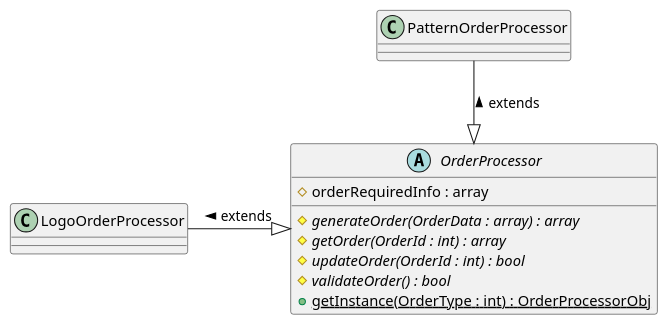
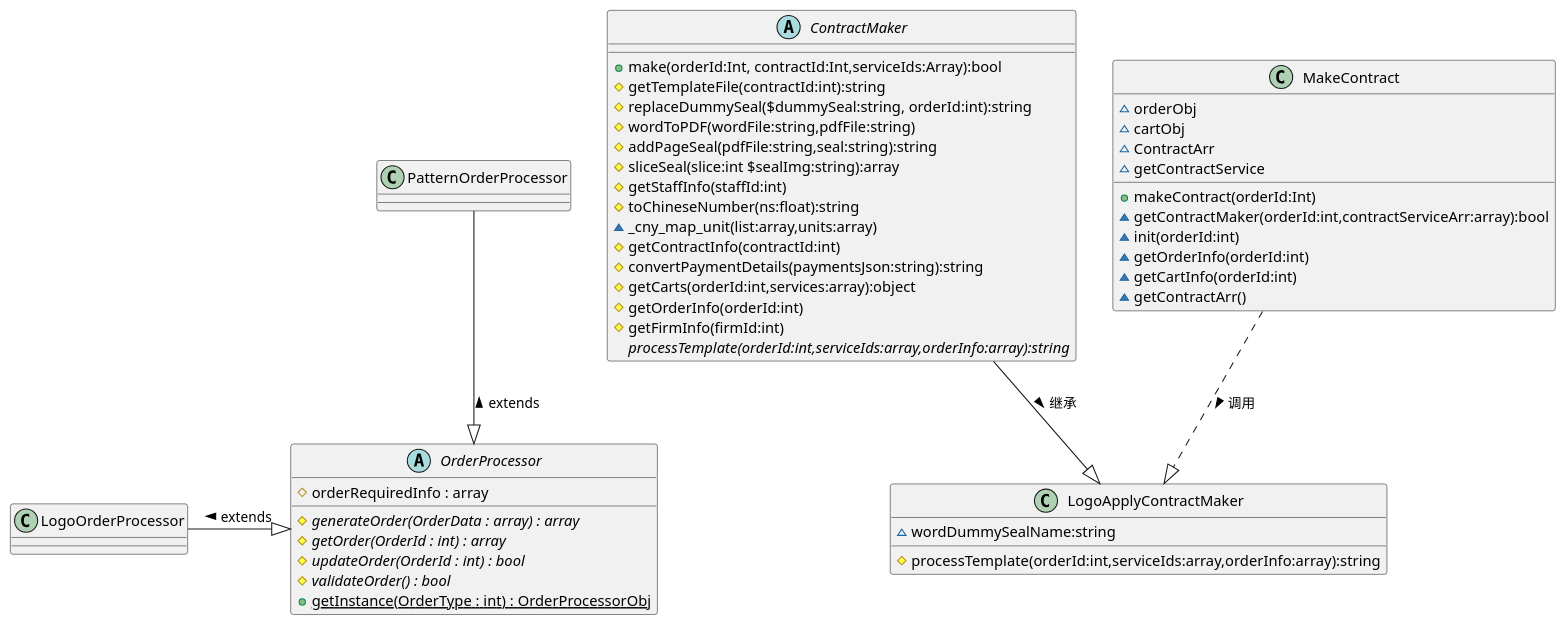
Before and after one commit to bruce1237/OA: the first of 2 diagrams in design/order/orderProcess.puml, drawn with PlantUML. The commit also changed 6 other files, not shown here.

Commit message:
finished developing, next to do contract cart processing for each contract

```diff
--- a/design/order/orderProcess.puml
+++ b/design/order/orderProcess.puml
@@ -1,19 +1,55 @@
 @startuml
 abstract class OrderProcessor{
     # orderRequiredInfo : array
    {abstract} # generateOrder(OrderData : array) : array
    {abstract} # getOrder(OrderId : int) : array
    {abstract} # updateOrder(OrderId : int) : bool
    {abstract} # validateOrder() : bool
    + {static} getInstance(OrderType : int) : OrderProcessorObj
 }
 
 LogoOrderProcessor -^ OrderProcessor : < extends
 class LogoOrderProcessor{
 }
 PatternOrderProcessor --^ OrderProcessor : < extends
 class PatternOrderProcessor{
+}
 
+abstract Class ContractMaker{
+  + make(orderId:Int, contractId:Int,serviceIds:Array):bool
+  # getTemplateFile(contractId:int):string
+  # replaceDummySeal($dummySeal:string, orderId:int):string
+  # wordToPDF(wordFile:string,pdfFile:string)
+  # addPageSeal(pdfFile:string,seal:string):string
+  # sliceSeal(slice:int $sealImg:string):array
+  # getStaffInfo(staffId:int)
+  # toChineseNumber(ns:float):string
+  ~ _cny_map_unit(list:array,units:array)
+  # getContractInfo(contractId:int)
+  # convertPaymentDetails(paymentsJson:string):string
+  # getCarts(orderId:int,services:array):object
+  # getOrderInfo(orderId:int)
+  # getFirmInfo(firmId:int)
+  {abstract} processTemplate(orderId:int,serviceIds:array,orderInfo:array):string
+}
+
+ContractMaker --^ LogoApplyContractMaker : > 继承
+class LogoApplyContractMaker{
+    ~ wordDummySealName:string
+    # processTemplate(orderId:int,serviceIds:array,orderInfo:array):string
+}
+MakeContract ..^ LogoApplyContractMaker : > 调用
+class MakeContract{
+    ~ orderObj
+    ~ cartObj
+    ~ ContractArr
+    + makeContract(orderId:Int)
+    ~ getContractMaker(orderId:int,contractServiceArr:array):bool
+    ~ getContractService
+    ~ init(orderId:int)
+    ~ getOrderInfo(orderId:int)
+    ~ getCartInfo(orderId:int)
+    ~ getContractArr()
 }
 
 @enduml
```
